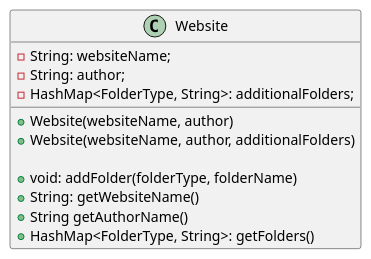
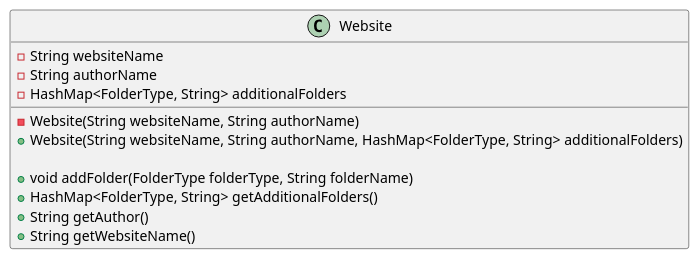
One commit to mplekunov/Assignment_3 changed the diagram in src/main/resources/ex43/ClassDiagrams/Website.puml. Above: the diagram before and after it, drawn with PlantUML. The commit also changed 155 other files, not shown here.

```diff
--- a/src/main/resources/ex43/ClassDiagrams/Website.puml
+++ b/src/main/resources/ex43/ClassDiagrams/Website.puml
@@ -1,17 +1,17 @@
 @startuml
 'https://plantuml.com/class-diagram
 
 class Website {
-    -String: websiteName;
-    -String: author;
-    -HashMap<FolderType, String>: additionalFolders;
+    -String websiteName
+    -String authorName
+    -HashMap<FolderType, String> additionalFolders
 
-    +Website(websiteName, author)
-    +Website(websiteName, author, additionalFolders)
+    -Website(String websiteName, String authorName)
+    +Website(String websiteName, String authorName, HashMap<FolderType, String> additionalFolders)
 
-    +void: addFolder(folderType, folderName)
-    +String: getWebsiteName()
-    +String getAuthorName()
-    +HashMap<FolderType, String>: getFolders()
+    +void addFolder(FolderType folderType, String folderName)
+    +HashMap<FolderType, String> getAdditionalFolders()
+    +String getAuthor()
+    +String getWebsiteName()
 }
 @enduml
```
